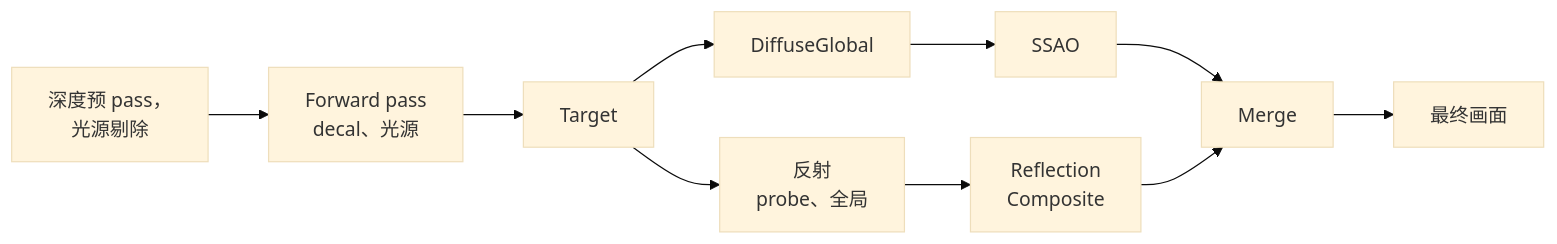
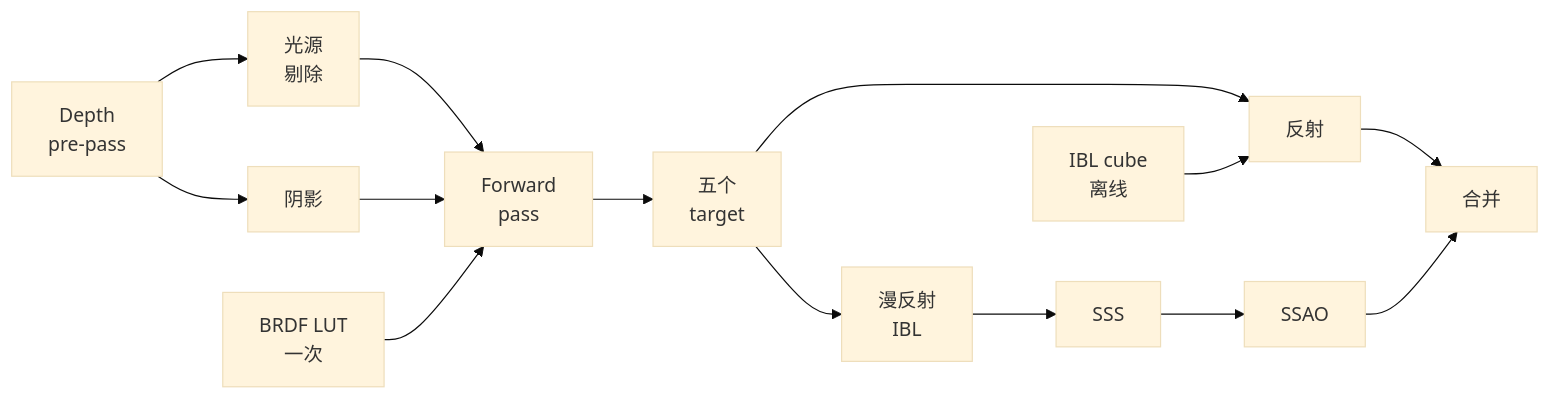
One commit to OppositeNor/render-lab changed the diagram in packages/o3de_lighting/video/zh-CN/diagrams/frame.mmd. Above: the diagram before and after it, drawn with Mermaid (base theme). The commit also changed 94 other files, not shown here.

```diff
--- a/packages/o3de_lighting/video/zh-CN/diagrams/frame.mmd
+++ b/packages/o3de_lighting/video/zh-CN/diagrams/frame.mmd
@@ -1,10 +1,14 @@
 flowchart LR
-    CULL["深度预 pass，<br/>光源剔除"] --> FWD["Forward pass<br/>decal、光源"]
-    FWD --> TARGETS["Target"]
-    TARGETS --> DIFF["DiffuseGlobal"]
-    TARGETS --> REFL["反射<br/>probe、全局"]
-    REFL --> COMP["Reflection<br/>Composite"]
-    DIFF --> AO["SSAO"]
-    AO --> MERGE["Merge"]
-    COMP --> MERGE
-    MERGE --> FRAME["最终画面"]
+    DEPTH["Depth<br/>pre-pass"] --> CULL["光源<br/>剔除"]
+    DEPTH --> SHADOW["阴影"]
+    CULL --> FWD["Forward<br/>pass"]
+    SHADOW --> FWD
+    LUT["BRDF LUT<br/>一次"] --> FWD
+    FWD --> TARGETS["五个<br/>target"]
+    TARGETS --> DIFF["漫反射<br/>IBL"]
+    TARGETS --> REFL["反射"]
+    CUBES["IBL cube<br/>离线"] --> REFL
+    DIFF --> SSS["SSS"]
+    SSS --> AO["SSAO"]
+    REFL --> MERGE["合并"]
+    AO --> MERGE
```
